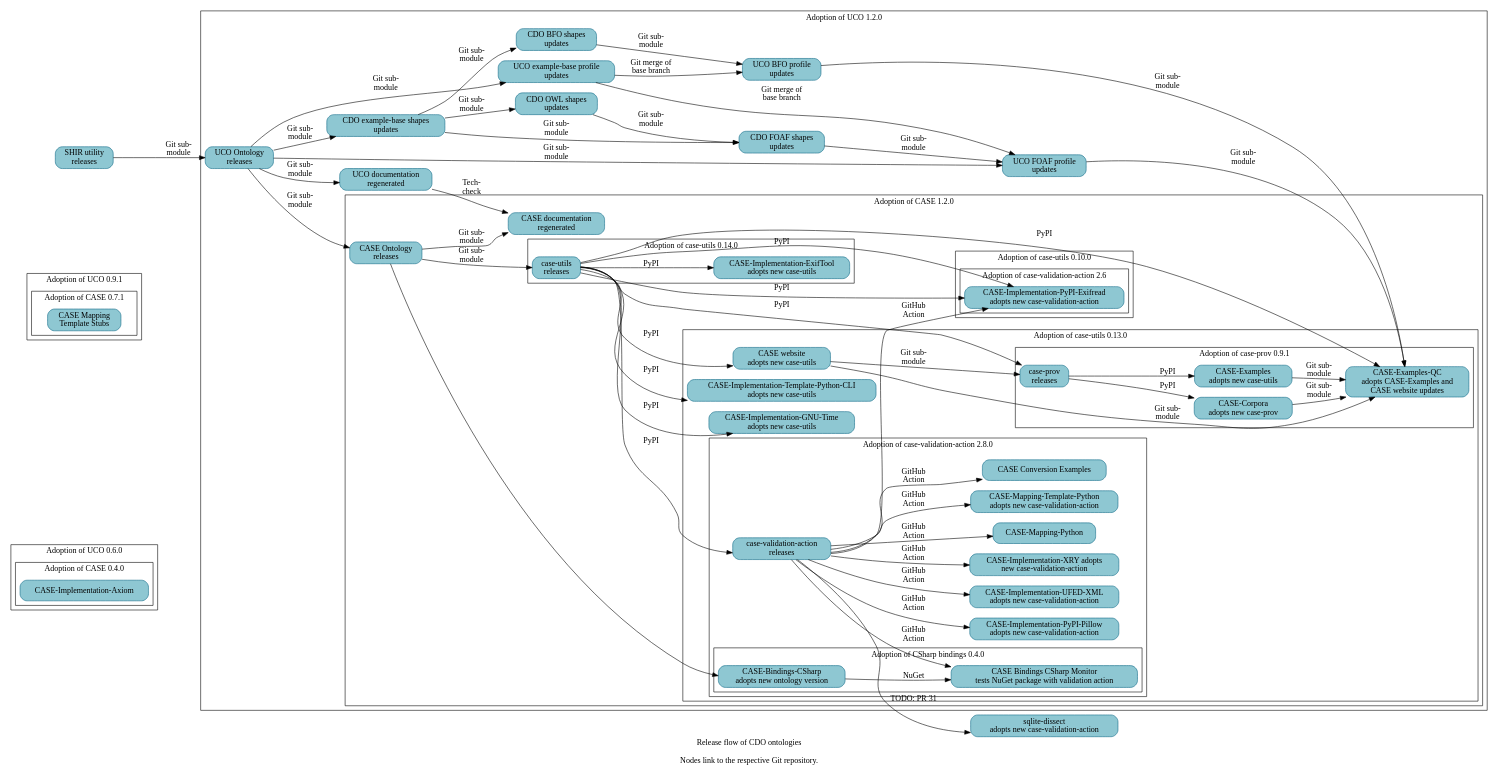
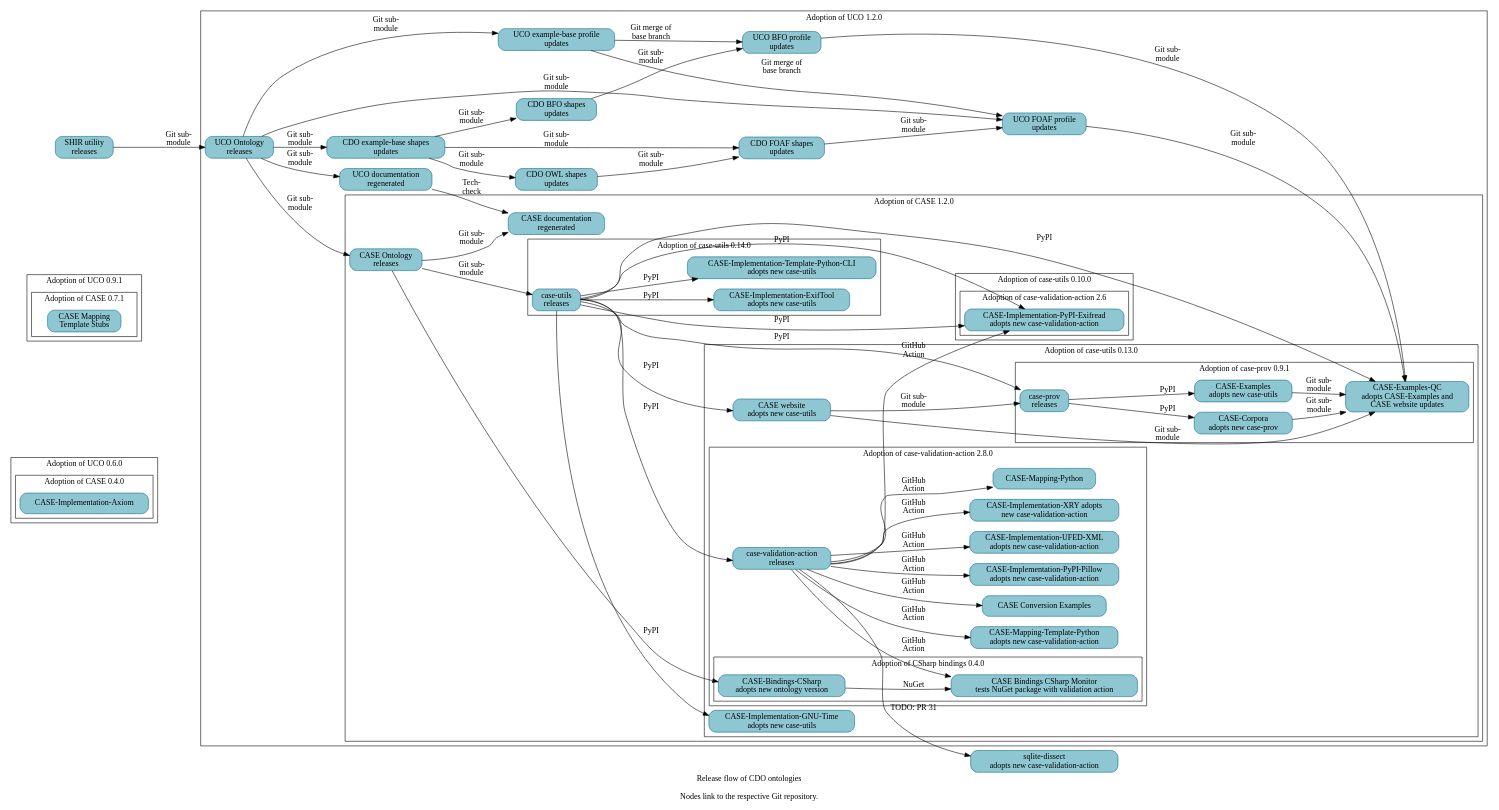
Before and after one commit to Cyber-Domain-Ontology/cdo.github.io: the diagram in resources/project_release_flow.dot, drawn with Graphviz. The commit also changed other lines of this file, not shown here.

First line of the commit message:
Bump adoption of case-utils

```diff
--- a/resources/project_release_flow.dot
+++ b/resources/project_release_flow.dot
@@ -1,149 +1,149 @@
 digraph "cdo_release_flow" {
   label = "Release flow of CDO ontologies\n\nNodes link to the respective Git repository." ;
   rankdir = "LR" ;
   node [shape="rectangle" style="filled,rounded" fillcolor="#8EC7D2" color="#0D6986"] ;
 
   // Define nodes in their corresponding progress subgraph.
 
   subgraph cluster_uco_0_6_0 {
     label = "Adoption of UCO 0.6.0" ;
 
     subgraph cluster_case_0_4_0 {
       label = "Adoption of CASE 0.4.0" ;
       _GH__CASEWORK__CASE_IMPLEMENTATION_AXIOM [URL="https://github.com/casework/CASE-Implementation-Axiom" label="CASE-Implementation-Axiom"] ;
     }
   }
 
   subgraph cluster_uco_0_9_1 {
     label = "Adoption of UCO 0.9.1" ;
 
     subgraph cluster_case_0_7_1 {
       label = "Adoption of CASE 0.7.1" ;
       _GH__CASEWORK__CASE_MAPPING_TEMPLATE_STUBS [URL="https://github.com/casework/CASE-Mapping-Template-Stubs" label="CASE Mapping\nTemplate Stubs"] ;
     }
   }
 
   subgraph cluster_uco_1_2_0 {
     label = "Adoption of UCO 1.2.0" ;
 
     _GH__CYBER_DOMAIN_ONTOLOGY__CDO_SHAPES_BFO [URL="https://github.com/Cyber-Domain-Ontology/CDO-Shapes-BFO" label="CDO BFO shapes\nupdates"] ;
     _GH__CYBER_DOMAIN_ONTOLOGY__CDO_SHAPES_EXAMPLE [URL="https://github.com/Cyber-Domain-Ontology/CDO-Shapes-Example" label="CDO example-base shapes\nupdates"] ;
     _GH__CYBER_DOMAIN_ONTOLOGY__CDO_SHAPES_FOAF [URL="https://github.com/Cyber-Domain-Ontology/CDO-Shapes-FOAF" label="CDO FOAF shapes\nupdates"] ;
     _GH__CYBER_DOMAIN_ONTOLOGY__CDO_SHAPES_OWL [URL="https://github.com/Cyber-Domain-Ontology/CDO-Shapes-OWL" label="CDO OWL shapes\nupdates"] ;
     _GH__UCOPROJECT__ONTOLOGY_UNIFIEDCYBERONTOLOGY_ORG [URL="https://github.com/ucoProject/ontology.unifiedcyberontology.org" label="UCO documentation\nregenerated"] ;
     _GH__UCOPROJECT__UCO [URL="https://github.com/ucoProject/UCO" label="UCO Ontology\nreleases"] ;
     _GH__UCOPROJECT__UCO_PROFILE_BFO [URL="https://github.com/ucoProject/UCO-Profile-BFO" label="UCO BFO profile\nupdates"] ;
     _GH__UCOPROJECT__UCO_PROFILE_EXAMPLE [URL="https://github.com/ucoProject/UCO-Profile-Example" label="UCO example-base profile\nupdates"] ;
     _GH__UCOPROJECT__UCO_PROFILE_FOAF [URL="https://github.com/ucoProject/UCO-Profile-FOAF" label="UCO FOAF profile\nupdates"] ;
 
     subgraph cluster_case_1_2_0 {
       label = "Adoption of CASE 1.2.0" ;
 
       _GH__CASEWORK__CASE [URL="https://github.com/casework/CASE" label="CASE Ontology\nreleases"] ;
       _GH__CASEWORK__ONTOLOGY_CASEONTOLOGY_ORG [URL="https://github.com/casework/ontology.caseontology.org" label="CASE documentation\nregenerated"] ;
 
       subgraph cluster_case_utils_0_10_0 {
         label = "Adoption of case-utils 0.10.0" ;
 
         subgraph cluster_case_validation_action_2_6 {
           label = "Adoption of case-validation-action 2.6" ;
 
           _GH__CASEWORK__CASE_IMPLEMENTATION_PYPI_EXIFREAD [URL="https://github.com/casework/CASE-Implementation-PyPI-Exifread" label="CASE-Implementation-PyPI-Exifread\nadopts new case-validation-action"] ;
         }
       }
 
       subgraph cluster_case_utils_0_13_0 {
         label = "Adoption of case-utils 0.13.0" ;
 
         _GH__CASEWORK__CASE_IMPLEMENTATION_GNU_TIME [URL="https://github.com/casework/CASE-Implementation-GNU-Time" label="CASE-Implementation-GNU-Time\nadopts new case-utils"] ;
-        _GH__CASEWORK__CASE_IMPLEMENTATION_TEMPLATE_PYTHON_CLI [URL="https://github.com/casework/CASE-Implementation-Template-Python-CLI" label="CASE-Implementation-Template-Python-CLI\nadopts new case-utils"]
         _GH__CASEWORK__CASEWORK_GITHUB_IO [URL="https://github.com/casework/casework.github.io" label="CASE website\nadopts new case-utils"] ;
 
         subgraph cluster_case_prov_0_9_1 {
           label = "Adoption of case-prov 0.9.1" ;
 
           _GH__AJNELSON_NIST__CASE_EXAMPLES_QC [URL="https://github.com/ajnelson-nist/CASE-Examples-QC" label="CASE-Examples-QC\nadopts CASE-Examples and\nCASE website updates"] ;
           _GH__CASEWORK__CASE_CORPORA [URL="https://github.com/casework/CASE-Corpora" label="CASE-Corpora\nadopts new case-prov"] ;
           _GH__CASEWORK__CASE_EXAMPLES [URL="https://github.com/casework/CASE-Examples" label="CASE-Examples\nadopts new case-utils"] ;
           _GH__CASEWORK__CASE_IMPLEMENTATION_PROV_O [URL="https://github.com/casework/CASE-Implementation-PROV-O" label="case-prov\nreleases"] ;
         }
 
         subgraph cluster_case_validation_action_2_8_0 {
           label = "Adoption of case-validation-action 2.8.0" ;
 
           _GH__KCHASON__CASE_VALIDATION_ACTION [URL="https://github.com/kchason/case-validation-action" label="case-validation-action\nreleases"] ;
           _GH__CASEWORK__CASE_EXAMPLES_CONVERSION [URL="https://github.com/casework/CASE-Examples-Conversion" label="CASE Conversion Examples"] ;
           _GH__CASEWORK__CASE_IMPLEMENTATION_PYPI_PILLOW [URL="https://github.com/casework/CASE-Implementation-PyPI-Pillow" label="CASE-Implementation-PyPI-Pillow\nadopts new case-validation-action"] ;
           _GH__CASEWORK__CASE_IMPLEMENTATION_UFED_XML [URL="https://github.com/casework/CASE-Implementation-UFED-XML" label="CASE-Implementation-UFED-XML\nadopts new case-validation-action"] ;
           _GH__CASEWORK__CASE_IMPLEMENTATION_XRY [URL="https://github.com/casework/CASE-Implementation-XRY" label="CASE-Implementation-XRY adopts\nnew case-validation-action"] ;
           _GH__CASEWORK__CASE_MAPPING_PYTHON [URL="https://github.com/casework/CASE-Mapping-Python/" label="CASE-Mapping-Python"] ;
           _GH__CASEWORK__CASE_MAPPING_TEMPLATE_PYTHON [URL="https://github.com/casework/CASE-Mapping-Template-Python" label="CASE-Mapping-Template-Python\nadopts new case-validation-action"] ;
 
           subgraph cluster_case_bindings_csharp_0_4_0 {
             label = "Adoption of CSharp bindings 0.4.0" ;
 
             _GH__CASEWORK__CASE_BINDINGS_CSHARP_MONITOR [URL="https://github.com/casework/CASE-Bindings-CSharp-Monitor" label="CASE Bindings CSharp Monitor\ntests NuGet package with validation action"] ;
             _GH__CIPHERTECHSOLUTIONS__CASE_BINDINGS_CSHARP [URL="https://github.com/ciphertechsolutions/CASE-Bindings-CSharp" label="CASE-Bindings-CSharp\nadopts new ontology version"] ;
           }
         }
       }
 
       subgraph cluster_case_utils_0_14_0 {
         label = "Adoption of case-utils 0.14.0" ;
         _GH__CASEWORK__CASE_IMPLEMENTATION_EXIFTOOL [URL="https://github.com/casework/CASE-Implementation-ExifTool" label="CASE-Implementation-ExifTool\nadopts new case-utils"] ;
+        _GH__CASEWORK__CASE_IMPLEMENTATION_TEMPLATE_PYTHON_CLI [URL="https://github.com/casework/CASE-Implementation-Template-Python-CLI" label="CASE-Implementation-Template-Python-CLI\nadopts new case-utils"]
         _GH__CASEWORK__CASE_UTILITIES_PYTHON [URL="https://github.com/casework/CASE-Utilities-Python" label="case-utils\nreleases"] ;
       }
     }
   }
 
   _GH__CASEWORK__CASE_UTILITY_SHACL_INHERITANCE_REVIEWER [URL="https://github.com/casework/CASE-Utility-SHACL-Inheritance-Reviewer" label="SHIR utility\nreleases"] ;
   _GH__DOD_CYBER_CRIME_CENTER__SQLITE_DISSECT [URL="https://github.com/dod-cyber-crime-center/sqlite-dissect" label="sqlite-dissect\nadopts new case-validation-action"] ;
 
   // Begin edges
 
   _GH__CASEWORK__CASEWORK_GITHUB_IO -> _GH__CASEWORK__CASE_IMPLEMENTATION_PROV_O [label="Git sub-\nmodule"] ;
   _GH__CASEWORK__CASE_CORPORA -> _GH__AJNELSON_NIST__CASE_EXAMPLES_QC [label="Git sub-\nmodule"] ;
   _GH__CASEWORK__CASE -> _GH__CASEWORK__CASE_UTILITIES_PYTHON [label="Git sub-\nmodule"] ;
   _GH__CASEWORK__CASE -> _GH__CIPHERTECHSOLUTIONS__CASE_BINDINGS_CSHARP ;
   _GH__CASEWORK__CASE -> _GH__CASEWORK__ONTOLOGY_CASEONTOLOGY_ORG [label="Git sub-\nmodule"] ; 
   _GH__CASEWORK__CASE_EXAMPLES -> _GH__AJNELSON_NIST__CASE_EXAMPLES_QC [label="Git sub-\nmodule"] ;
   _GH__CASEWORK__CASE_IMPLEMENTATION_PROV_O -> _GH__CASEWORK__CASE_CORPORA [label="PyPI"] ;
   _GH__CASEWORK__CASE_IMPLEMENTATION_PROV_O -> _GH__CASEWORK__CASE_EXAMPLES [label="PyPI"] ;
   _GH__CASEWORK__CASE_UTILITIES_PYTHON -> _GH__AJNELSON_NIST__CASE_EXAMPLES_QC [label="PyPI"] ;
   _GH__CASEWORK__CASE_UTILITIES_PYTHON -> _GH__CASEWORK__CASE_IMPLEMENTATION_EXIFTOOL [label="PyPI"] ;
   _GH__CASEWORK__CASE_UTILITIES_PYTHON -> _GH__CASEWORK__CASE_IMPLEMENTATION_GNU_TIME [label="PyPI"] ;
   _GH__CASEWORK__CASE_UTILITIES_PYTHON -> _GH__CASEWORK__CASE_IMPLEMENTATION_PROV_O [label="PyPI"] ;
   _GH__CASEWORK__CASE_UTILITIES_PYTHON -> _GH__CASEWORK__CASE_IMPLEMENTATION_PYPI_EXIFREAD [label="PyPI"] ;
   _GH__CASEWORK__CASE_UTILITIES_PYTHON -> _GH__CASEWORK__CASE_IMPLEMENTATION_TEMPLATE_PYTHON_CLI [label="PyPI"];
   _GH__CASEWORK__CASE_UTILITIES_PYTHON -> _GH__KCHASON__CASE_VALIDATION_ACTION [label="PyPI"] ;
   _GH__CASEWORK__CASE_UTILITIES_PYTHON -> _GH__CASEWORK__CASEWORK_GITHUB_IO [label="PyPI"] ;
   _GH__CASEWORK__CASE_UTILITY_SHACL_INHERITANCE_REVIEWER -> _GH__UCOPROJECT__UCO [label="Git sub-\nmodule"] ;
   _GH__CASEWORK__CASEWORK_GITHUB_IO -> _GH__AJNELSON_NIST__CASE_EXAMPLES_QC [label="Git sub-\nmodule"] ;
   _GH__CIPHERTECHSOLUTIONS__CASE_BINDINGS_CSHARP -> _GH__CASEWORK__CASE_BINDINGS_CSHARP_MONITOR [label="NuGet"] ;
   _GH__CYBER_DOMAIN_ONTOLOGY__CDO_SHAPES_BFO -> _GH__UCOPROJECT__UCO_PROFILE_BFO [label="Git sub-\nmodule"] ;
   _GH__CYBER_DOMAIN_ONTOLOGY__CDO_SHAPES_EXAMPLE -> _GH__CYBER_DOMAIN_ONTOLOGY__CDO_SHAPES_BFO [label="Git sub-\nmodule"] ;
   _GH__CYBER_DOMAIN_ONTOLOGY__CDO_SHAPES_EXAMPLE -> _GH__CYBER_DOMAIN_ONTOLOGY__CDO_SHAPES_FOAF [label="Git sub-\nmodule"] ;
   _GH__CYBER_DOMAIN_ONTOLOGY__CDO_SHAPES_EXAMPLE -> _GH__CYBER_DOMAIN_ONTOLOGY__CDO_SHAPES_OWL [label="Git sub-\nmodule"] ;
   _GH__CYBER_DOMAIN_ONTOLOGY__CDO_SHAPES_FOAF -> _GH__UCOPROJECT__UCO_PROFILE_FOAF [label="Git sub-\nmodule"] ;
   _GH__CYBER_DOMAIN_ONTOLOGY__CDO_SHAPES_OWL -> _GH__CYBER_DOMAIN_ONTOLOGY__CDO_SHAPES_FOAF [label="Git sub-\nmodule"] ;
   _GH__KCHASON__CASE_VALIDATION_ACTION -> _GH__CASEWORK__CASE_BINDINGS_CSHARP_MONITOR [label="GitHub\nAction"] ;
   _GH__KCHASON__CASE_VALIDATION_ACTION -> _GH__CASEWORK__CASE_EXAMPLES_CONVERSION [label="GitHub\nAction"];
   _GH__CASEWORK__CASE_UTILITIES_PYTHON -> _GH__CASEWORK__CASE_IMPLEMENTATION_PYPI_EXIFREAD [label="PyPI"] ;
   _GH__KCHASON__CASE_VALIDATION_ACTION -> _GH__CASEWORK__CASE_IMPLEMENTATION_PYPI_EXIFREAD [label="GitHub\nAction"] ;
   _GH__KCHASON__CASE_VALIDATION_ACTION -> _GH__CASEWORK__CASE_IMPLEMENTATION_PYPI_PILLOW [label="GitHub\nAction"] ;
   _GH__KCHASON__CASE_VALIDATION_ACTION -> _GH__CASEWORK__CASE_IMPLEMENTATION_UFED_XML [label="GitHub\nAction"] ;
   _GH__KCHASON__CASE_VALIDATION_ACTION -> _GH__CASEWORK__CASE_IMPLEMENTATION_XRY [label="GitHub\nAction"] ;
   _GH__KCHASON__CASE_VALIDATION_ACTION -> _GH__CASEWORK__CASE_MAPPING_PYTHON [label="GitHub\nAction"] ;
   _GH__KCHASON__CASE_VALIDATION_ACTION -> _GH__CASEWORK__CASE_MAPPING_TEMPLATE_PYTHON [label="GitHub\nAction"] ;
   _GH__KCHASON__CASE_VALIDATION_ACTION -> _GH__DOD_CYBER_CRIME_CENTER__SQLITE_DISSECT [URL="https://github.com/dod-cyber-crime-center/sqlite-dissect/pull/31" label="TODO: PR 31"] ;
   _GH__UCOPROJECT__ONTOLOGY_UNIFIEDCYBERONTOLOGY_ORG -> _GH__CASEWORK__ONTOLOGY_CASEONTOLOGY_ORG [label="Tech-\ncheck"];
   _GH__UCOPROJECT__UCO -> _GH__CASEWORK__CASE [label="Git sub-\nmodule"] ;
   _GH__UCOPROJECT__UCO -> _GH__CYBER_DOMAIN_ONTOLOGY__CDO_SHAPES_EXAMPLE [label="Git sub-\nmodule"] ;
   _GH__UCOPROJECT__UCO -> _GH__UCOPROJECT__ONTOLOGY_UNIFIEDCYBERONTOLOGY_ORG [label="Git sub-\nmodule"] ;
   _GH__UCOPROJECT__UCO -> _GH__UCOPROJECT__UCO_PROFILE_EXAMPLE [label="Git sub-\nmodule"] ;
   _GH__UCOPROJECT__UCO -> _GH__UCOPROJECT__UCO_PROFILE_FOAF [label="Git sub-\nmodule"] ;
   _GH__UCOPROJECT__UCO_PROFILE_BFO -> _GH__AJNELSON_NIST__CASE_EXAMPLES_QC [label="Git sub-\nmodule"] ;
   _GH__UCOPROJECT__UCO_PROFILE_EXAMPLE -> _GH__UCOPROJECT__UCO_PROFILE_BFO [label="Git merge of\nbase branch"] ;
   _GH__UCOPROJECT__UCO_PROFILE_EXAMPLE -> _GH__UCOPROJECT__UCO_PROFILE_FOAF [label="Git merge of\nbase branch"] ;
   _GH__UCOPROJECT__UCO_PROFILE_FOAF -> _GH__AJNELSON_NIST__CASE_EXAMPLES_QC [label="Git sub-\nmodule"] ;
 }
```
